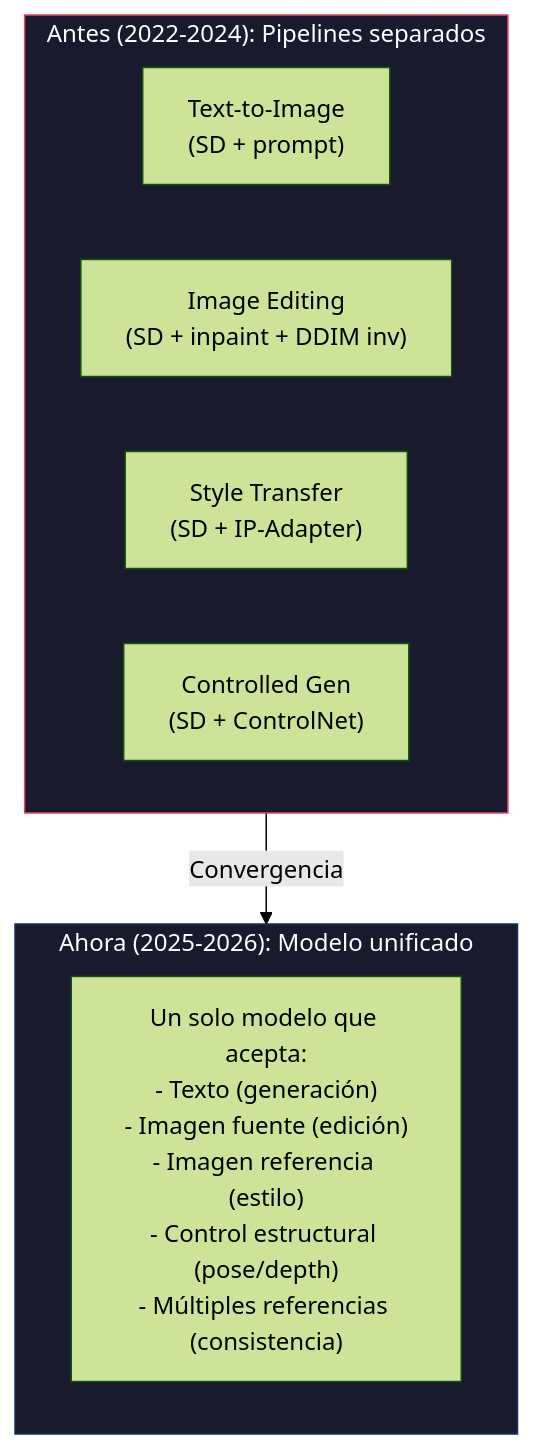
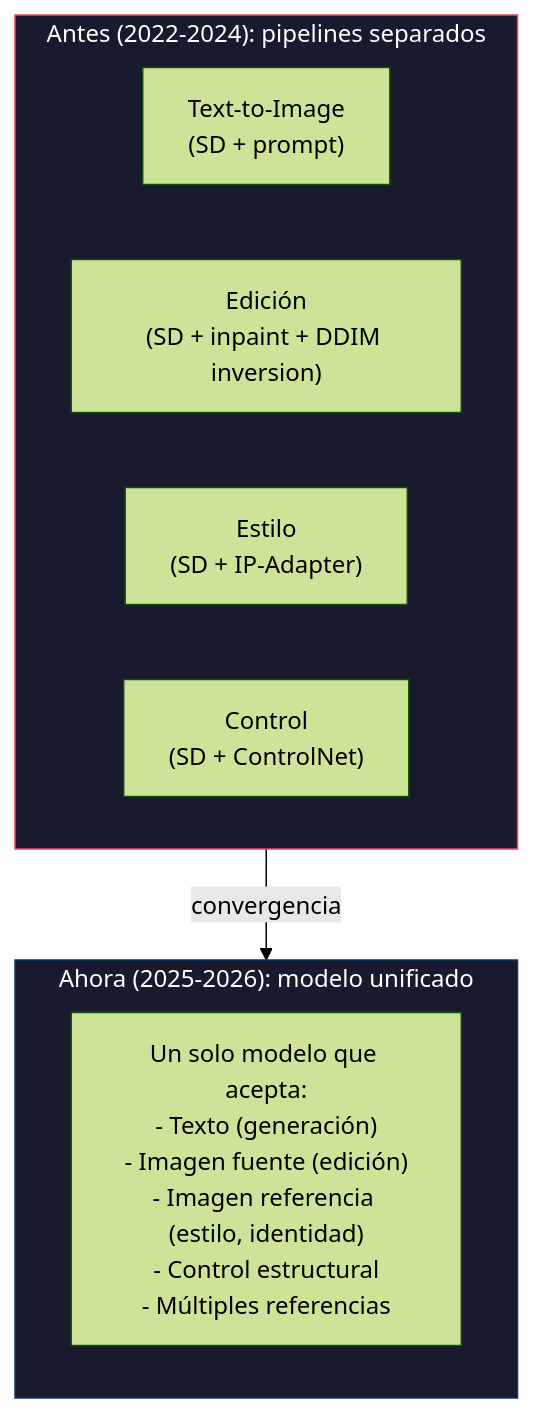
The sixth of 6 diagrams in 11-conditioning/README.md (DavidDevGt/DifusionReal), drawn with Mermaid (forest theme) before and after one commit. The commit also changed other lines of this file, not shown here.

````diff
--- a/11-conditioning/README.md
+++ b/11-conditioning/README.md
@@ -281,18 +398,18 @@
 ```mermaid
 graph TB
-    subgraph Before ["Antes (2022-2024): Pipelines separados"]
+    subgraph Before ["Antes (2022-2024): pipelines separados"]
         T2I["Text-to-Image<br/>(SD + prompt)"]
-        EDIT["Image Editing<br/>(SD + inpaint + DDIM inv)"]
-        STYLE["Style Transfer<br/>(SD + IP-Adapter)"]
-        CTRL["Controlled Gen<br/>(SD + ControlNet)"]
+        EDIT["Edición<br/>(SD + inpaint + DDIM inversion)"]
+        STYLE["Estilo<br/>(SD + IP-Adapter)"]
+        CTRL["Control<br/>(SD + ControlNet)"]
     end
 
-    subgraph After ["Ahora (2025-2026): Modelo unificado"]
-        UNIFIED["Un solo modelo que acepta:<br/>- Texto (generación)<br/>- Imagen fuente (edición)<br/>- Imagen referencia (estilo)<br/>- Control estructural (pose/depth)<br/>- Múltiples referencias (consistencia)"]
+    subgraph After ["Ahora (2025-2026): modelo unificado"]
+        UNIFIED["Un solo modelo que acepta:<br/>- Texto (generación)<br/>- Imagen fuente (edición)<br/>- Imagen referencia (estilo, identidad)<br/>- Control estructural<br/>- Múltiples referencias"]
     end
 
-    Before -->|"Convergencia"| After
+    Before -->|"convergencia"| After
 
     style Before fill:#1a1a2e,stroke:#e94560,color:#fff
     style After fill:#1a1a2e,stroke:#0f3460,color:#fff
 ```
````
